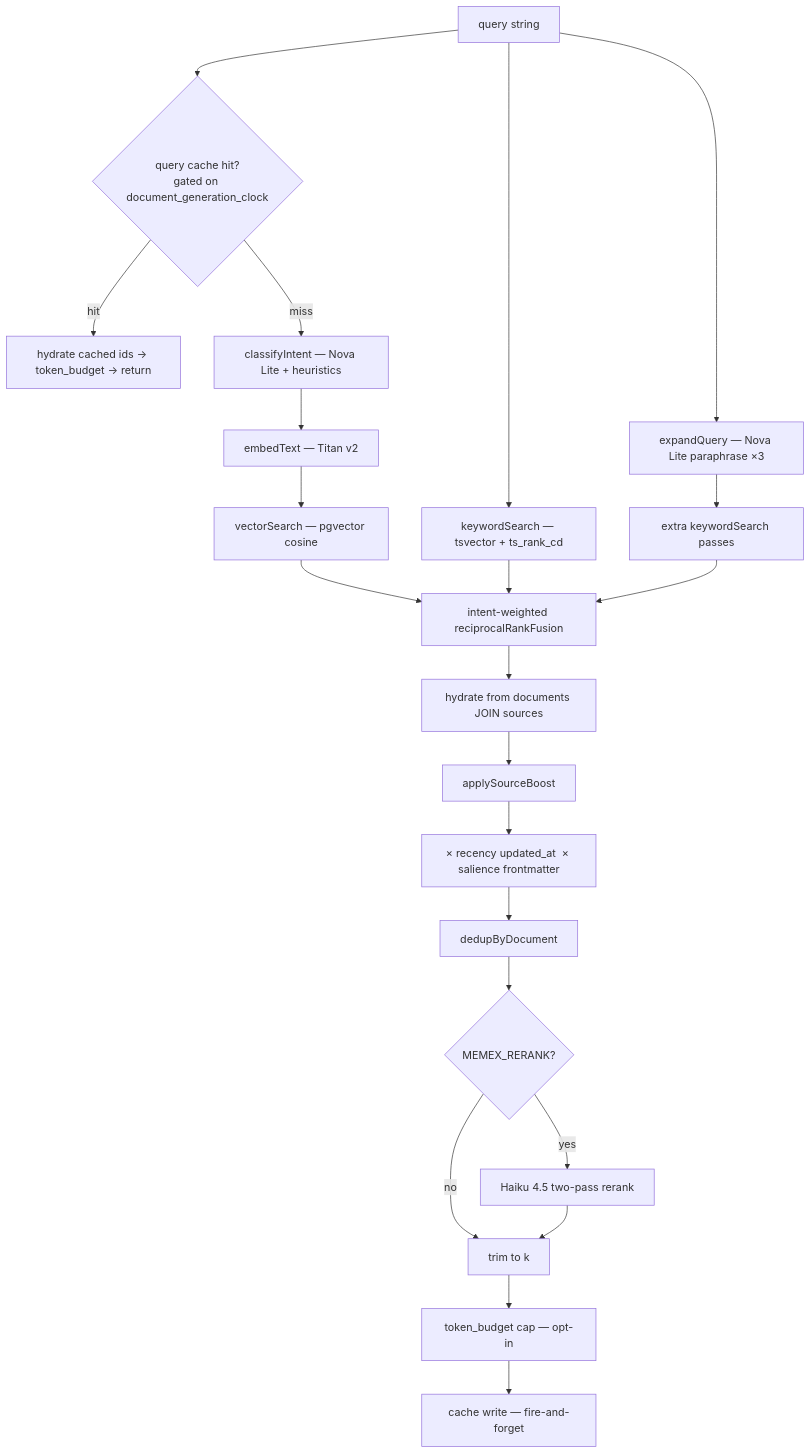
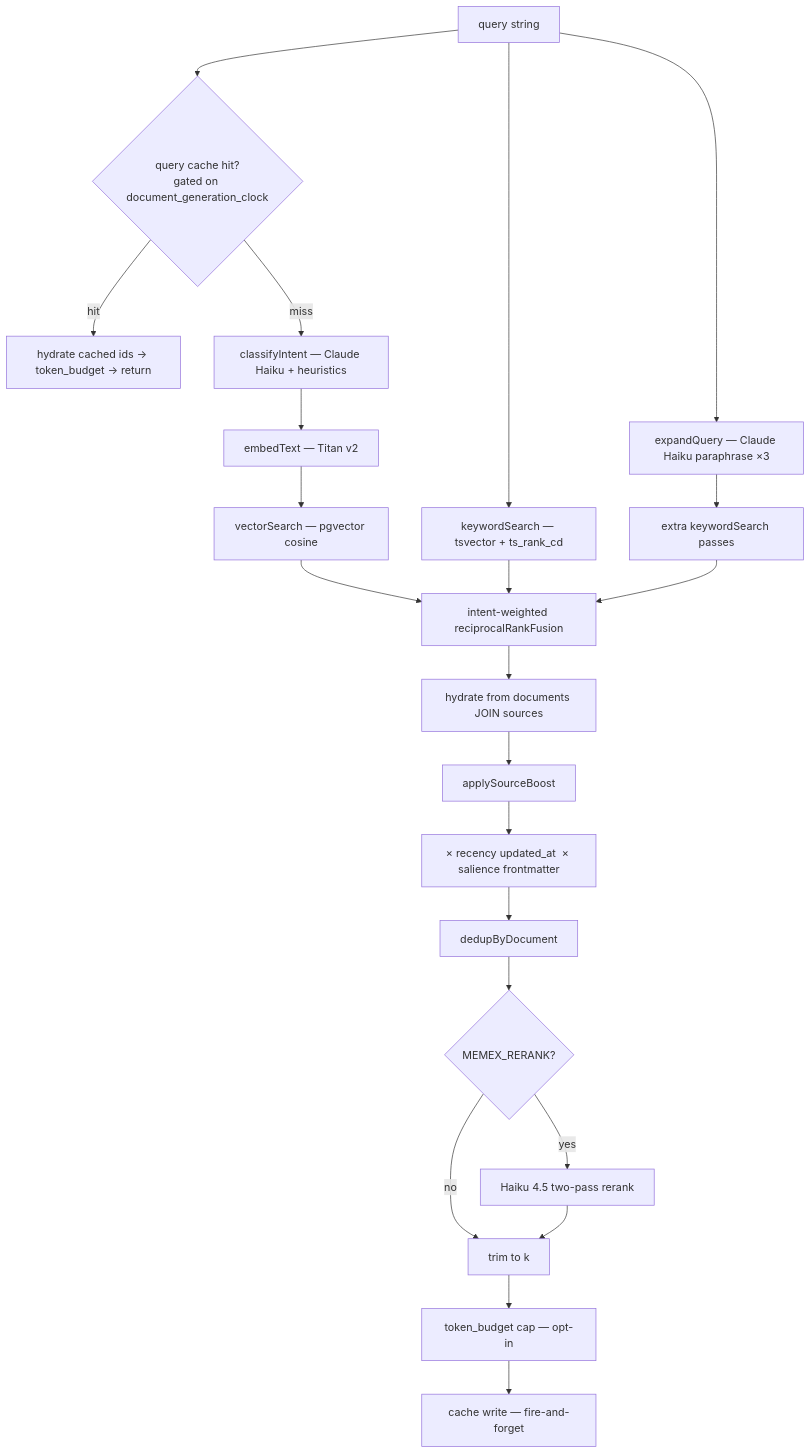
The second of 2 diagrams in deploy/memex/docs/ARCHITECTURE.md (timurgaleev/memex), drawn with Mermaid before and after one commit. The commit also changed other lines of this file and 29 other files, not shown here.

````diff
--- a/deploy/memex/docs/ARCHITECTURE.md
+++ b/deploy/memex/docs/ARCHITECTURE.md
@@ -133,24 +133,24 @@
 ```mermaid
 flowchart TD
   Q[query string] --> C{query cache hit?\ngated on document_generation_clock}
   C -->|hit| OUT[hydrate cached ids → token_budget → return]
-  C -->|miss| I[classifyIntent — Nova Lite + heuristics]
+  C -->|miss| I[classifyIntent — Claude Haiku + heuristics]
   I --> E[embedText — Titan v2]
   E --> V[vectorSearch — pgvector cosine]
   Q --> K[keywordSearch — tsvector + ts_rank_cd]
-  Q --> X[expandQuery — Nova Lite paraphrase ×3]
+  Q --> X[expandQuery — Claude Haiku paraphrase ×3]
   X --> K2[extra keywordSearch passes]
   V --> R[intent-weighted reciprocalRankFusion]
   K --> R
   K2 --> R
   R --> H[hydrate from documents JOIN sources]
   H --> B[applySourceBoost]
   B --> RS[× recency updated_at  × salience frontmatter]
   RS --> D[dedupByDocument]
   D --> RR{MEMEX_RERANK?}
   RR -->|yes| TP[Haiku 4.5 two-pass rerank]
   RR -->|no| TK[trim to k]
   TP --> TK
   TK --> TB[token_budget cap — opt-in]
   TB --> W[cache write — fire-and-forget]
 ```
````
